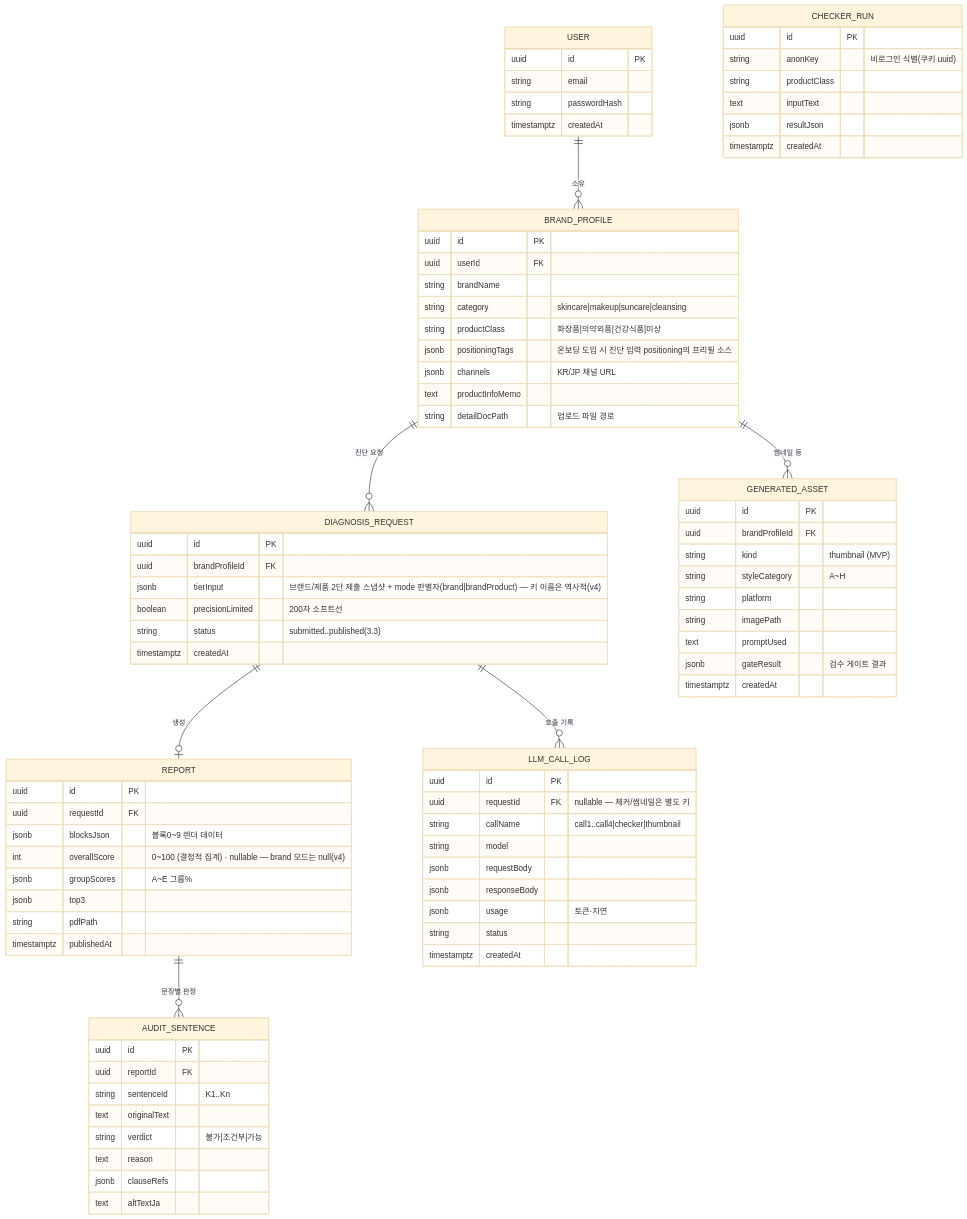
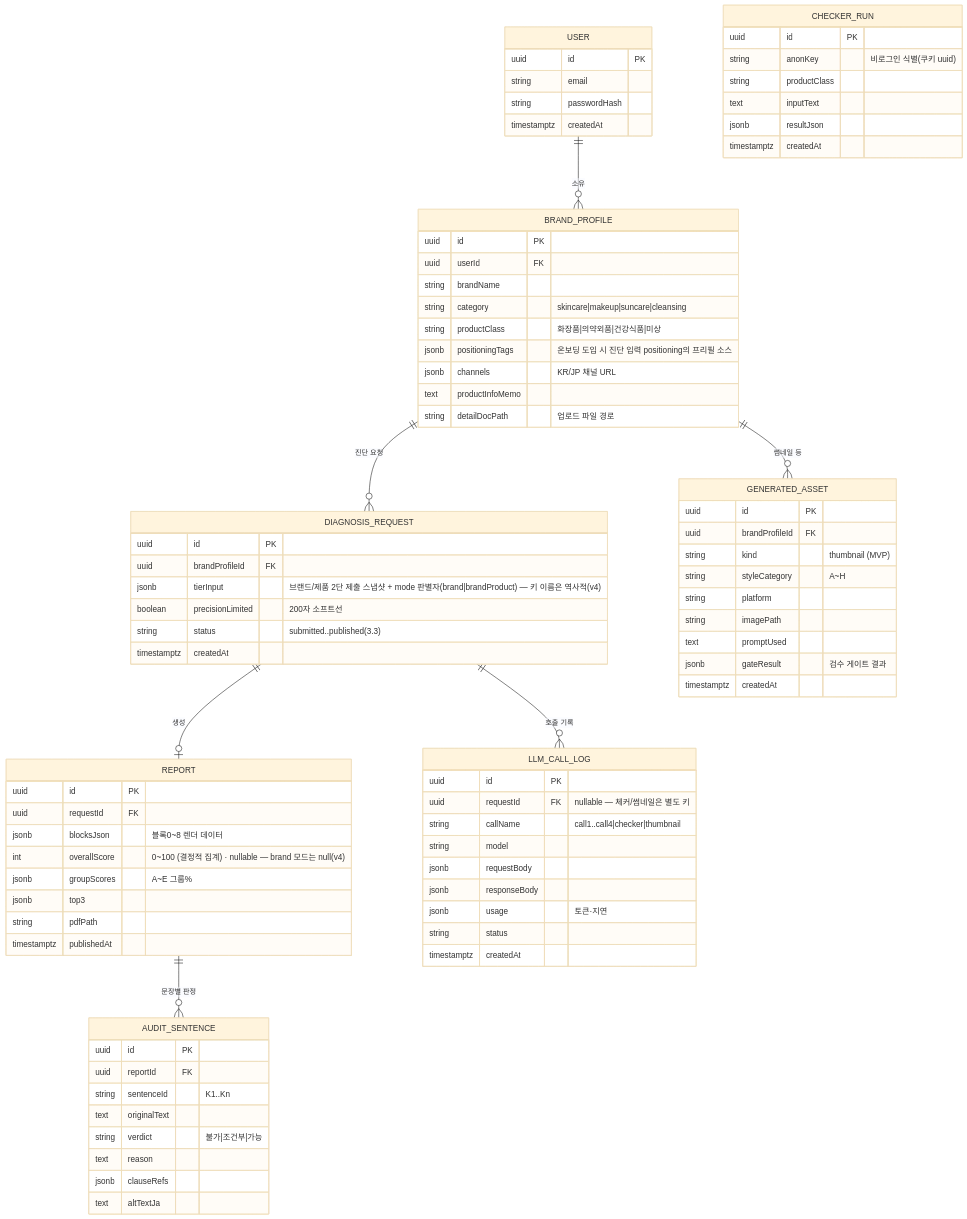
The seventh of 7 diagrams in docs/08-data-flow.md (duwjd/Branch-out-to-Japan), drawn with Mermaid (base theme) before and after one commit. The commit also changed other lines of this file and 38 other files, not shown here.

```diff
--- a/docs/08-data-flow.md
+++ b/docs/08-data-flow.md
@@ -552,7 +552,7 @@
     REPORT {
         uuid id PK
         uuid requestId FK
-        jsonb blocksJson "블록0~9 렌더 데이터"
+        jsonb blocksJson "블록0~8 렌더 데이터"
         int overallScore "0~100 (결정적 집계) · nullable — brand 모드는 null(v4)"
         jsonb groupScores "A~E 그룹%"
         jsonb top3
```
